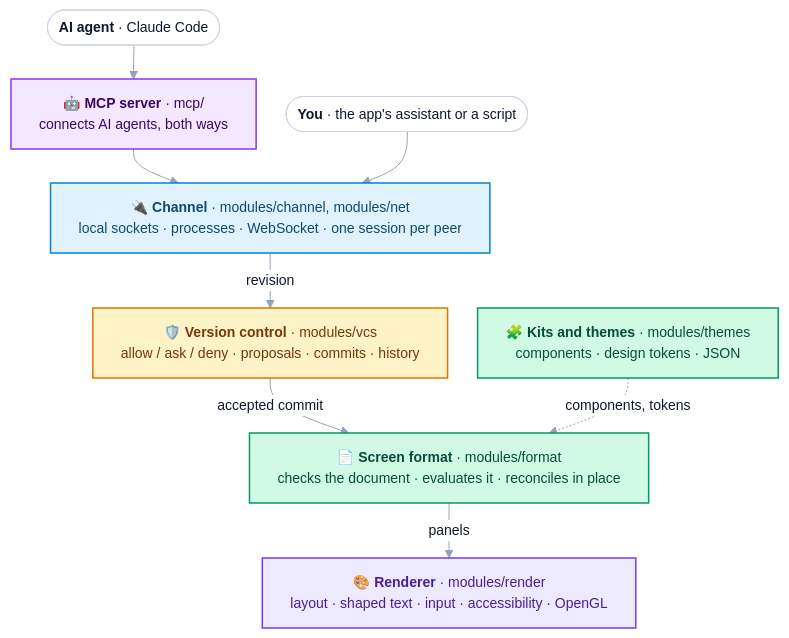
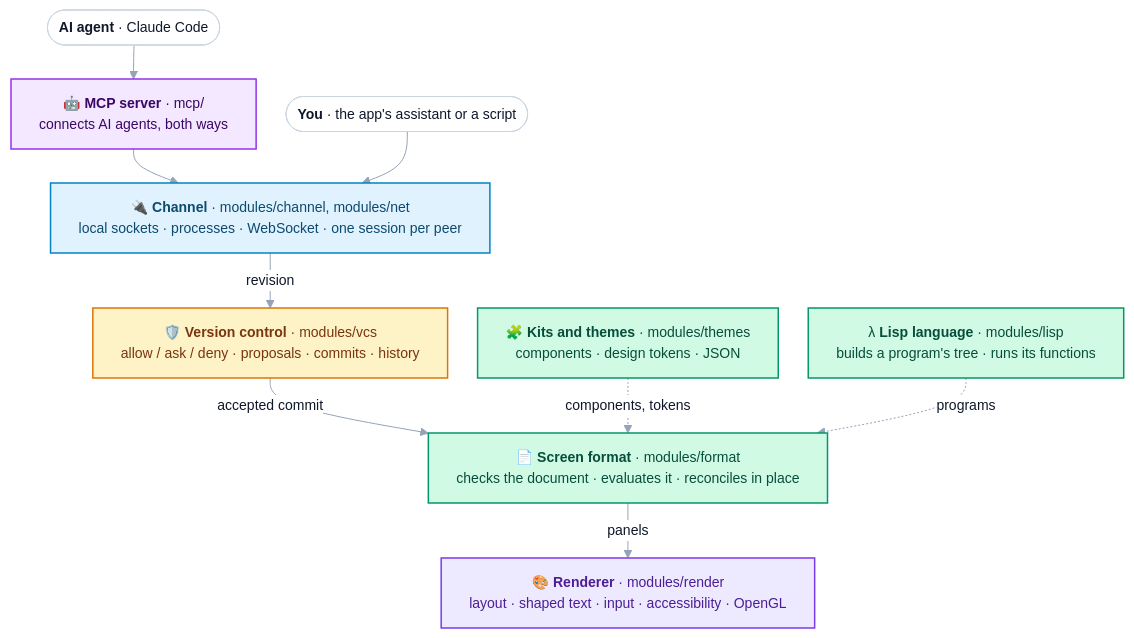
The second of 4 diagrams in README.md (RiccardoSottini/AffrescoUI), drawn with Mermaid before and after one commit. The commit also changed other lines of this file and 478 other files, not shown here.

````diff
--- a/README.md
+++ b/README.md
@@ -180,35 +213,38 @@
 ```mermaid
 %%{init: {"theme": "base", "flowchart": {"nodeSpacing": 30, "rankSpacing": 34, "padding": 14, "wrappingWidth": 400}, "themeVariables": {"fontFamily": "Helvetica, Arial, sans-serif", "fontSize": "14px", "lineColor": "#94A3B8", "primaryTextColor": "#0F172A", "edgeLabelBackground": "#FFFFFF"}}}%%
 flowchart TB
     studio(["<b>You</b> · the app's assistant or a script"])
     agent(["<b>AI agent</b> · Claude Code"])
 
     mcp["🤖 <b>MCP server</b> · mcp/<br/>connects AI agents, both ways"]
     channel["🔌 <b>Channel</b> · modules/channel, modules/net<br/>local sockets · processes · WebSocket · one session per peer"]
     vcs["🛡️ <b>Version control</b> · modules/vcs<br/>allow / ask / deny · proposals · commits · history"]
     format["📄 <b>Screen format</b> · modules/format<br/>checks the document · evaluates it · reconciles in place"]
+    lisp["λ <b>Lisp language</b> · modules/lisp<br/>builds a program's tree · runs its functions"]
     render["🎨 <b>Renderer</b> · modules/render<br/>layout · shaped text · input · accessibility · OpenGL"]
     themes["🧩 <b>Kits and themes</b> · modules/themes<br/>components · design tokens · JSON"]
 
     agent --> mcp
     mcp --> channel
     studio --> channel
     channel -- "revision" --> vcs
     vcs -- "accepted commit" --> format
     format -- "panels" --> render
     themes -. "components, tokens" .-> format
+    lisp -. "programs" .-> format
 
     classDef peer fill:#FFFFFF,stroke:#CBD5E1,color:#0F172A
     classDef c_mcp fill:#F3E8FF,stroke:#9333EA,stroke-width:1.5px,color:#3B0764
     classDef c_channel fill:#E0F2FE,stroke:#0284C7,stroke-width:1.5px,color:#0C4A6E
     classDef c_vcs fill:#FEF3C7,stroke:#D97706,stroke-width:1.5px,color:#78350F
     classDef c_format fill:#D1FAE5,stroke:#059669,stroke-width:1.5px,color:#064E3B
     classDef c_render fill:#EDE9FE,stroke:#7C3AED,stroke-width:1.5px,color:#4C1D95
     class studio,agent peer
     class mcp c_mcp
     class channel c_channel
     class vcs c_vcs
     class format c_format
     class themes c_format
+    class lisp c_format
     class render c_render
 ```
````
